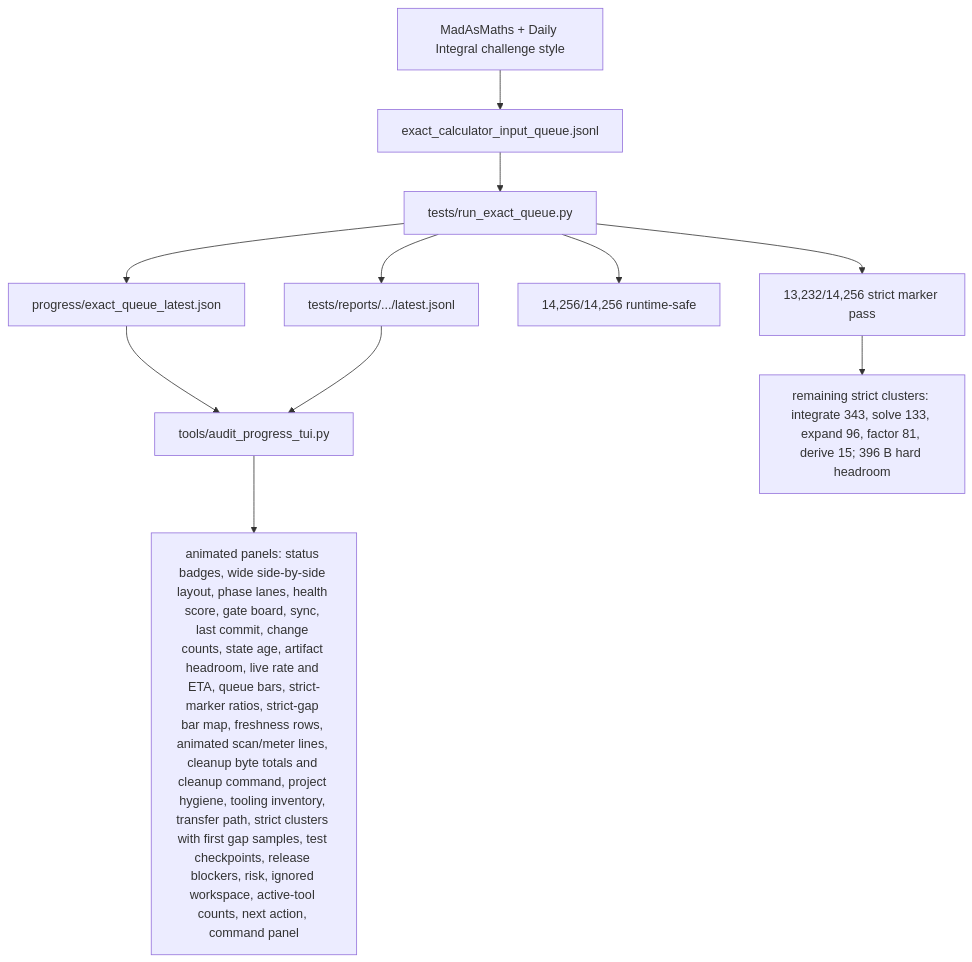
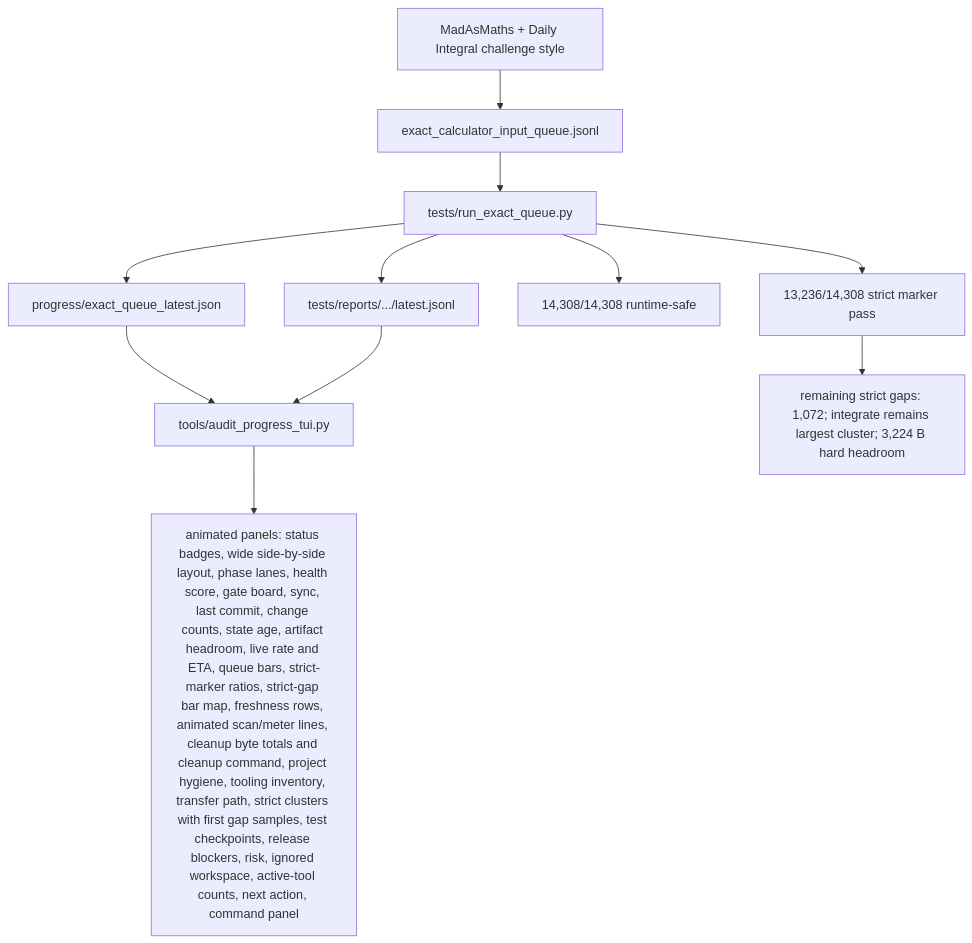
Before and after one commit to james8464/notes-addin-casio-fx-cg50: the fifth of 6 diagrams in docs/GRAPH.md, drawn with Mermaid. The commit also changed other lines of this file and 6 other files, not shown here.

````diff
--- a/docs/GRAPH.md
+++ b/docs/GRAPH.md
@@ -62,13 +63,13 @@
 ```mermaid
 graph TD
   Online["MadAsMaths + Daily Integral challenge style"] --> Queue["exact_calculator_input_queue.jsonl"]
   Queue --> Runner["tests/run_exact_queue.py"]
   Runner --> Live["progress/exact_queue_latest.json"]
   Runner --> Report["tests/reports/.../latest.jsonl"]
   Live --> TUI["tools/audit_progress_tui.py"]
   Report --> TUI
   TUI --> Panels["animated panels: status badges, wide side-by-side layout, phase lanes, health score, gate board, sync, last commit, change counts, state age, artifact headroom, live rate and ETA, queue bars, strict-marker ratios, strict-gap bar map, freshness rows, animated scan/meter lines, cleanup byte totals and cleanup command, project hygiene, tooling inventory, transfer path, strict clusters with first gap samples, test checkpoints, release blockers, risk, ignored workspace, active-tool counts, next action, command panel"]
-  Runner --> Runtime["14,256/14,256 runtime-safe"]
-  Runner --> Strict["13,232/14,256 strict marker pass"]
-  Strict --> Remaining["remaining strict clusters: integrate 343, solve 133, expand 96, factor 81, derive 15; 396 B hard headroom"]
+  Runner --> Runtime["14,308/14,308 runtime-safe"]
+  Runner --> Strict["13,236/14,308 strict marker pass"]
+  Strict --> Remaining["remaining strict gaps: 1,072; integrate remains largest cluster; 3,224 B hard headroom"]
 ```
````
